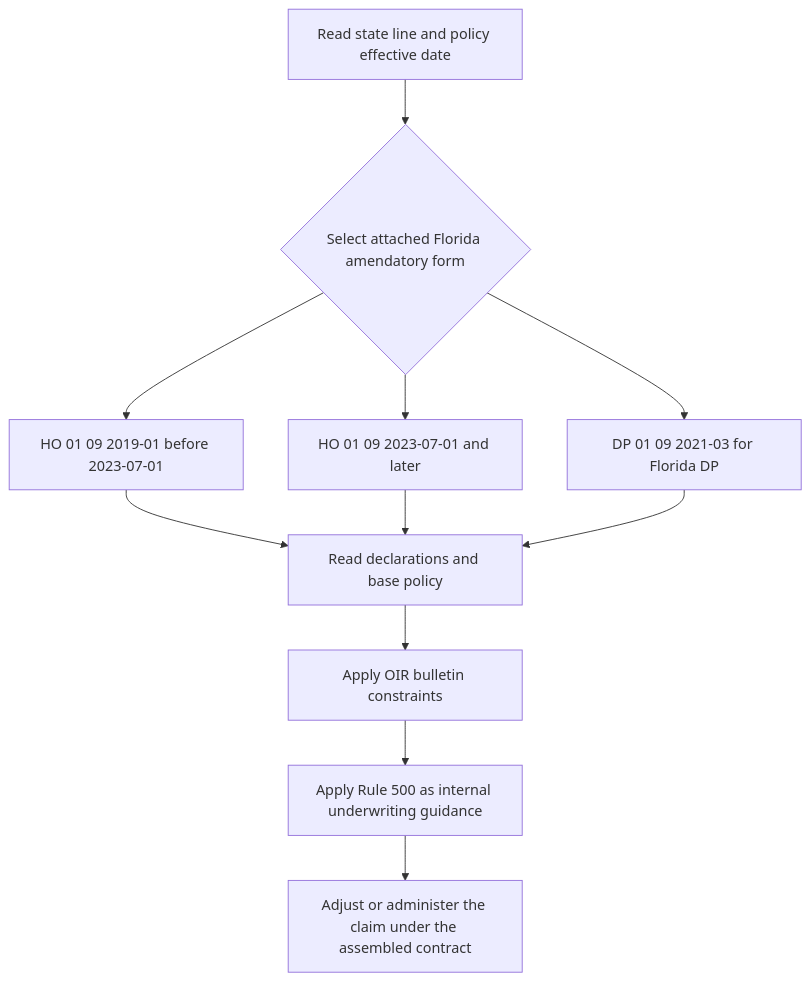
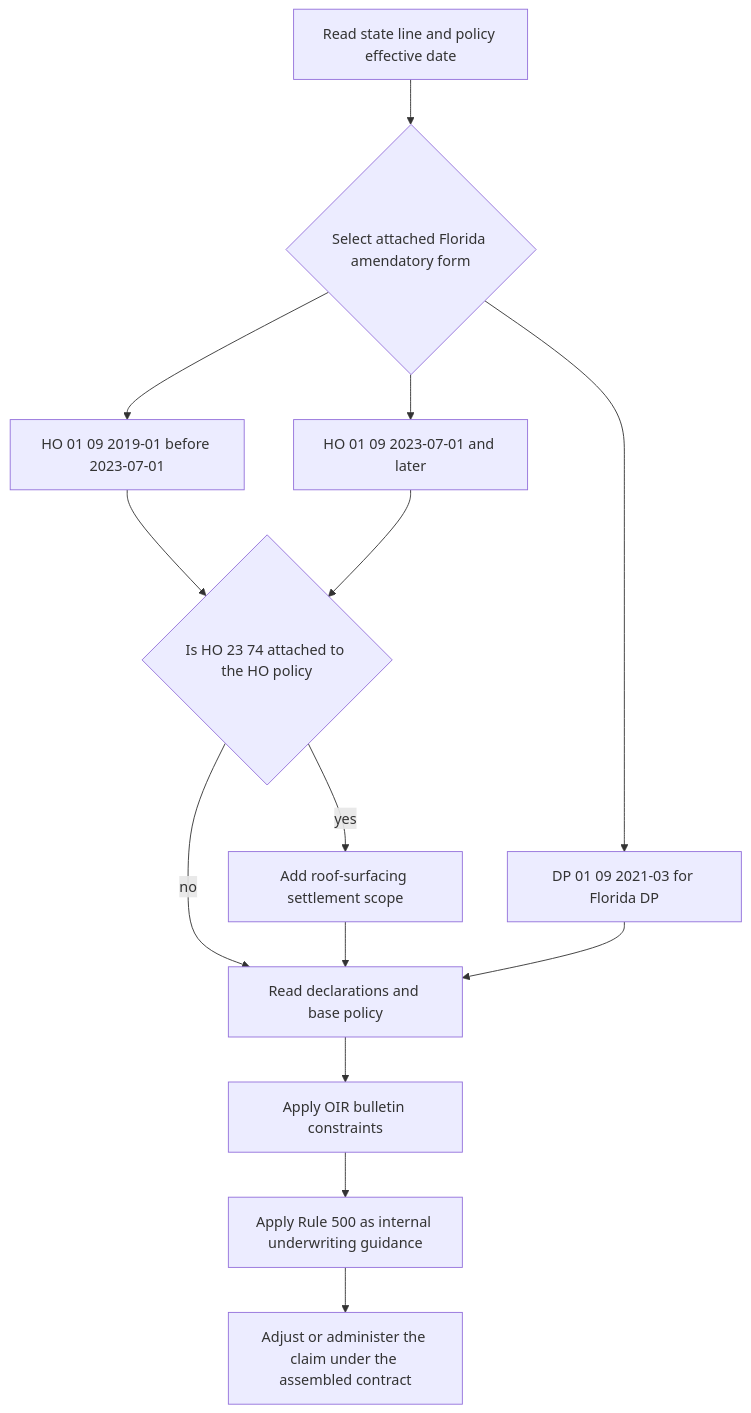
One commit to eugeneliu-86/openwiki-insurance-corpus changed the diagram in openwiki/state-overlays/florida.md. Above: the diagram before and after it, drawn with Mermaid. The commit also changed other lines of this file and 109 other files, not shown here.

````diff
--- a/openwiki/state-overlays/florida.md
+++ b/openwiki/state-overlays/florida.md
@@ -44,13 +100,16 @@
 ```mermaid
 flowchart TD
     A["Read state line and policy effective date"] --> B{"Select attached Florida amendatory form"}
     B --> H19["HO 01 09 2019-01 before 2023-07-01"]
     B --> H23["HO 01 09 2023-07-01 and later"]
     B --> D21["DP 01 09 2021-03 for Florida DP"]
-    H19 --> C["Read declarations and base policy"]
-    H23 --> C
+    H19 --> E{"Is HO 23 74 attached to the HO policy"}
+    H23 --> E
+    E -->|"yes"| S["Add roof-surfacing settlement scope"]
+    E -->|"no"| C["Read declarations and base policy"]
+    S --> C
     D21 --> C
     C --> R["Apply OIR bulletin constraints"]
     R --> U["Apply Rule 500 as internal underwriting guidance"]
     U --> L["Adjust or administer the claim under the assembled contract"]
 ```
````
